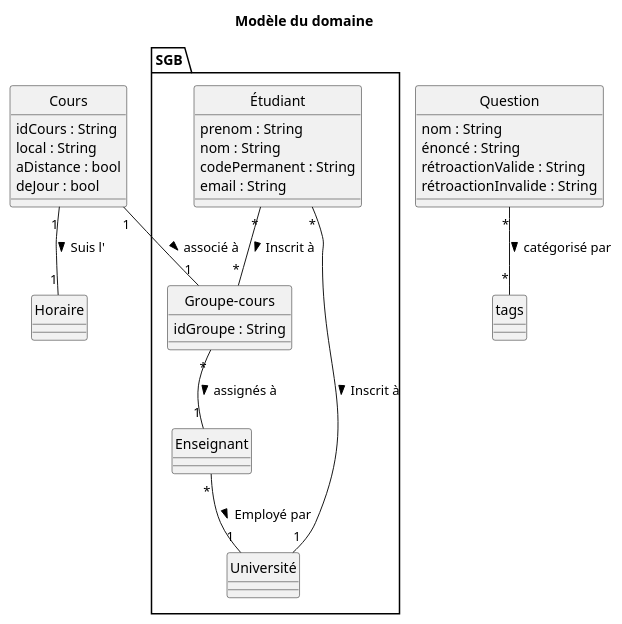
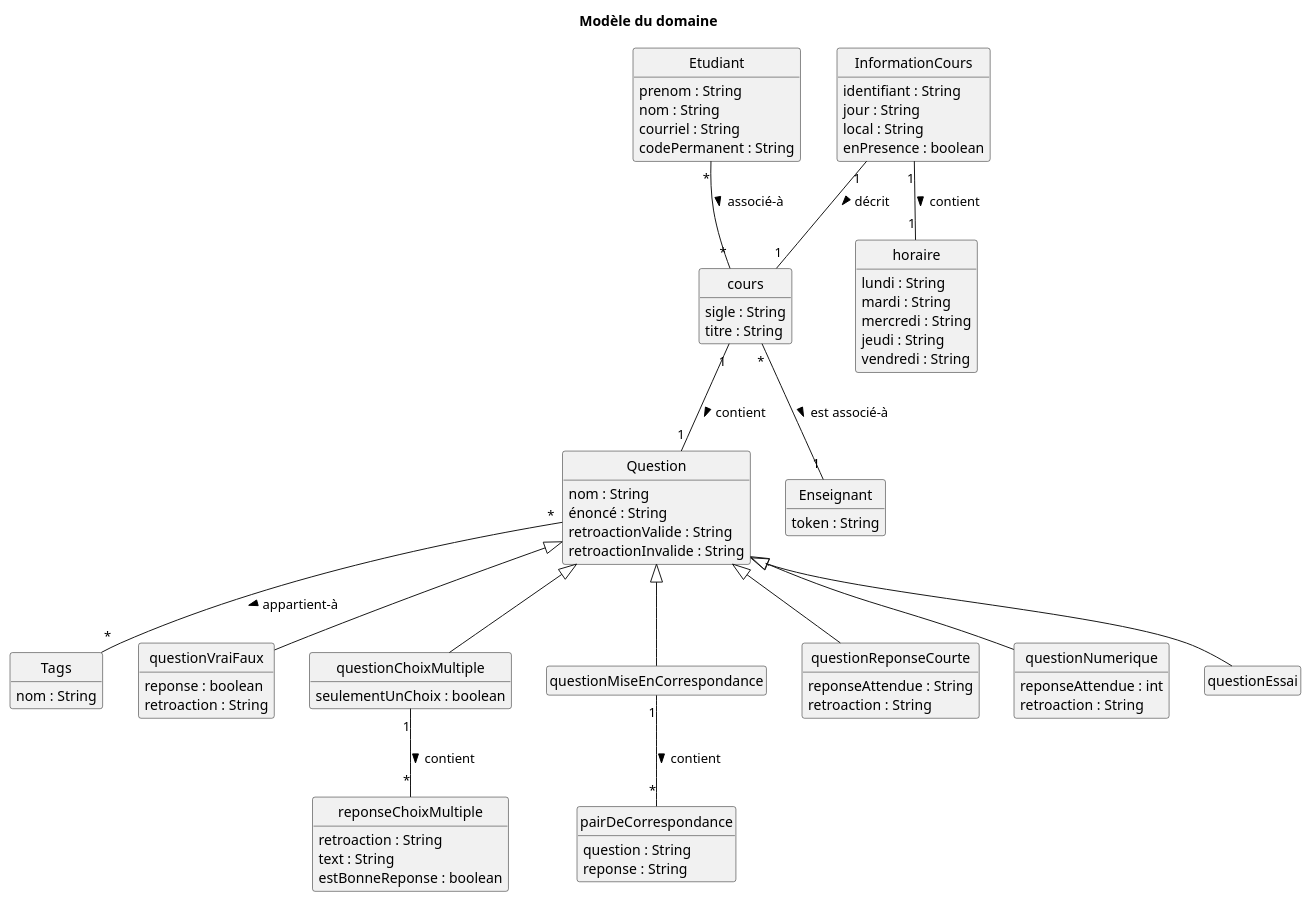
Before and after one commit to xMrYahya/moodle-clone: the diagram in docs/modeles/mdd.puml, drawn with PlantUML. The commit also changed 18 other files, not shown here.

Commit message:
modification des diagrammes

```diff
--- a/docs/modeles/mdd.puml
+++ b/docs/modeles/mdd.puml
@@ -1,61 +1,91 @@
-@startuml MDD
+@startuml MDD_SGB_SGA
 skinparam style strictuml
+'skinparam backgroundcolor transparent
+hide methods
+hide empty members
+'left to right direction
 title Modèle du domaine
-package "SGB"{
-  class Enseignant{
 
-  }
-  class Groupe-cours{
-    ' Selon le mdd du SGB
-    idGroupe : String
-  }
-  class Étudiant{
-    prenom : String
-    nom : String
-    codePermanent : String
-    email : String
-  }
-  class Université{
+skinparam class {
+  BackgroundColor<< SGB >> #ddffdd
+}
+hide stereotype
 
-  }
-}
-class Cours{
-  idCours : String
-  local : String
-  ' Les suivants pouraient etre dans l'horaire
-  aDistance : bool
-  deJour : bool  
-}
-class Horaire{
 
-}
-
-Enseignant "*" -- "1" Université : Employé par >
-
-Étudiant "*" -- "1" Université : Inscrit à >
-
-Cours "1" -- "1" Horaire :  Suis l' >
-
-Étudiant "*" -- "*" "Groupe-cours" : Inscrit à >
-
-Cours "1" -- "1" "Groupe-cours" : associé à >
-
-"Groupe-cours" "*" -- "1" Enseignant :  assignés à >
-
-' En lien avec la cu02
-
-class Question{
+  ' Le concept de "Cours" dans SGA n'est pas un groupe-cours
+  class "Question" as question {
   nom : String
   énoncé : String
   ' reponse a la question
-  rétroactionValide : String
-  rétroactionInvalide : String
+  retroactionValide : String
+  retroactionInvalide : String
+  }
+  class "Tags" as tags {
+    nom : String
+  }
+  class "questionVraiFaux" as qvf extends question {
+    reponse : boolean
+    retroaction : String
+  }
+  class "questionChoixMultiple" as qcm extends question {
+    seulementUnChoix : boolean
+  }
+  class "reponseChoixMultiple" as rcm {
+    retroaction : String
+    text : String
+    estBonneReponse : boolean
+  }
+  class "questionMiseEnCorrespondance" as qmc extends question {
+    
+  }
+  class "pairDeCorrespondance" as pdc {
+    question : String
+    reponse : String
+  }
+  class "questionReponseCourte" as qrc extends question {
+    reponseAttendue : String
+    retroaction : String
+  }
+  class "questionNumerique" as qn extends question {
+    reponseAttendue : int
+    retroaction : String
+  }
+  class "questionEssai" as qe extends question {
+    
+  }
+  class "Enseignant" as ens {
+    token : String
+  }
+  class "cours" as cours {
+    sigle : String
+    titre : String
+  }
+  class "Etudiant" as etudiant {
+    prenom : String
+    nom : String
+    courriel : String
+    codePermanent : String
+  }
+  class "InformationCours" as infocours {
+    identifiant : String
+    jour : String
+    local : String
+    enPresence : boolean
+  }
+  class "horaire" as horaire {
+    lundi : String
+    mardi : String
+    mercredi : String
+    jeudi : String
+    vendredi : String
+  }
   
-}
-class tags{
-
-}
-
-Question "*" -- "*" tags : catégorisé par >
-
+  etudiant "*" -- "*" cours : associé-à >
+  infocours "1" -- "1" cours : décrit >
+  infocours "1" -- "1" horaire : contient >
+  cours "1" -- "1" question :contient >
+  cours "*" -- "1" ens : est associé-à >
+  question "*" -- "*" tags : appartient-à >
+  qcm "1" -- "*" rcm : contient >
+  qmc "1" -- "*" pdc : contient >
 @enduml
```
